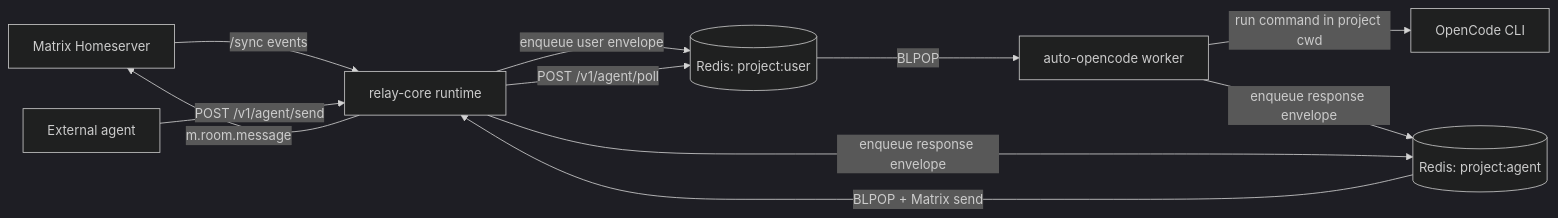
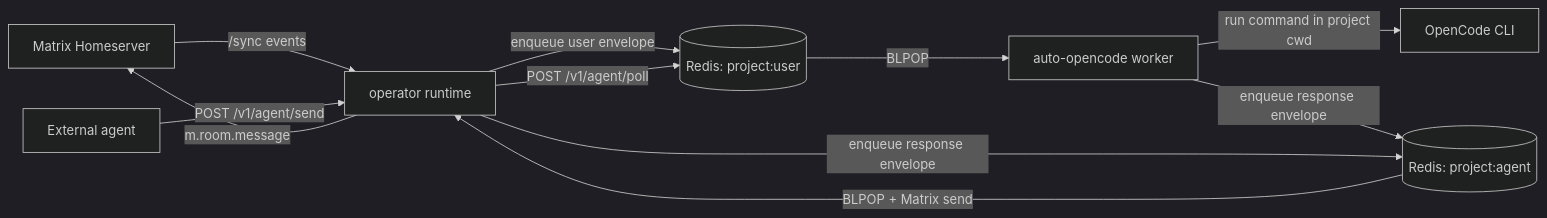
Before and after one commit to AngeloR/operator: the diagram in ARCHITECTURE.md, drawn with Mermaid (dark theme). The commit also changed other lines of this file and 5 other files, not shown here.

First line of the commit message:
docs(#5): normalize operator naming in docs and runtime output (#20)

````diff
--- a/ARCHITECTURE.md
+++ b/ARCHITECTURE.md
@@ -7,16 +7,16 @@
 ```mermaid
 flowchart LR
-    M[Matrix Homeserver] -->|/sync events| R[relay-core runtime]
+    M[Matrix Homeserver] -->|/sync events| R[operator runtime]
     R -->|enqueue user envelope| U[(Redis: project:user)]
 
     U -->|BLPOP| W[auto-opencode worker]
     W -->|run command in project cwd| O[OpenCode CLI]
     W -->|enqueue response envelope| A[(Redis: project:agent)]
 
     X[External agent] -->|POST /v1/agent/send| R
     R -->|enqueue response envelope| A
     R -->|POST /v1/agent/poll| U
 
     A -->|BLPOP + Matrix send| R
     R -->|m.room.message| M
 ```
````
